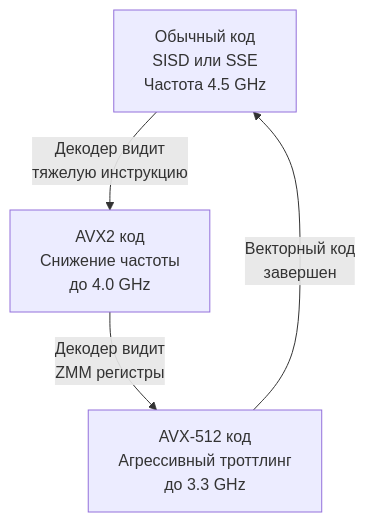
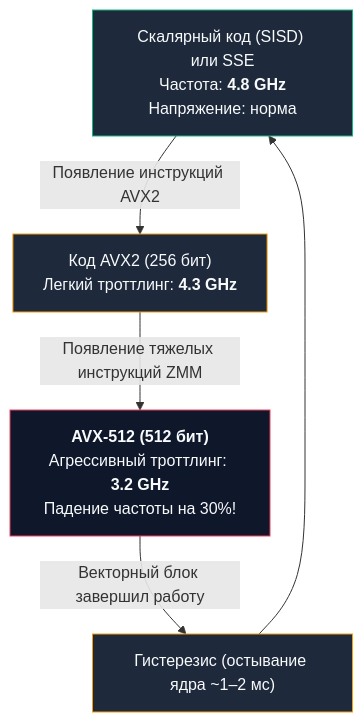
One commit to UnrealTemplier/go-textbook changed the second of 2 diagrams in sources/1. Архитектура компьютера/15. AVX, AVX2, AVX-512 и ограничения SIMD.md. Above: the diagram before and after it, drawn with Mermaid. The commit also changed other lines of this file, not shown here.

Commit message:
feat(module-01): editorial rewrite of Article 15 (AVX, AVX2, AVX-512) in Kernighan style

````diff
--- a/sources/1. Архитектура компьютера/15. AVX, AVX2, AVX-512 и ограничения SIMD.md
+++ b/sources/1. Архитектура компьютера/15. AVX, AVX2, AVX-512 и ограничения SIMD.md
@@ -31,6 +67,14 @@
 ```mermaid
 flowchart TD
-    State1["Обычный код<br>SISD или SSE<br>Частота 4.5 GHz"] -->|Декодер видит<br>тяжелую инструкцию| State2["AVX2 код<br>Снижение частоты<br>до 4.0 GHz"]
-    State2 -->|Декодер видит<br>ZMM регистры| State3["AVX-512 код<br>Агрессивный троттлинг<br>до 3.3 GHz"]
-    State3 -->|Векторный код<br>завершен| State1
+    State1["Скалярный код (SISD) или SSE<br>Частота: <b>4.8 GHz</b><br>Напряжение: норма"] -->|Появление инструкций AVX2| State2["Код AVX2 (256 бит)<br>Легкий троттлинг: <b>4.3 GHz</b>"]
+    State2 -->|Появление тяжелых инструкций ZMM| State3["<b>AVX-512 (512 бит)</b><br>Агрессивный троттлинг: <b>3.2 GHz</b><br>Падение частоты на 30%!"]
+    State3 -->|Векторный блок завершил работу| CoolDown["Гистерезис (остывание ядра ~1–2 мс)"]
+    CoolDown --> State1
+
+    classDef normal fill:#1e293b,stroke:#10b981,stroke-width:1px,color:#f8fafc;
+    classDef warn fill:#1e293b,stroke:#f59e0b,stroke-width:1px,color:#f8fafc;
+    classDef danger fill:#0f172a,stroke:#f43f5e,stroke-width:1px,color:#f8fafc;
+    class State1 normal;
+    class State2,CoolDown warn;
+    class State3 danger;
 ```
````
